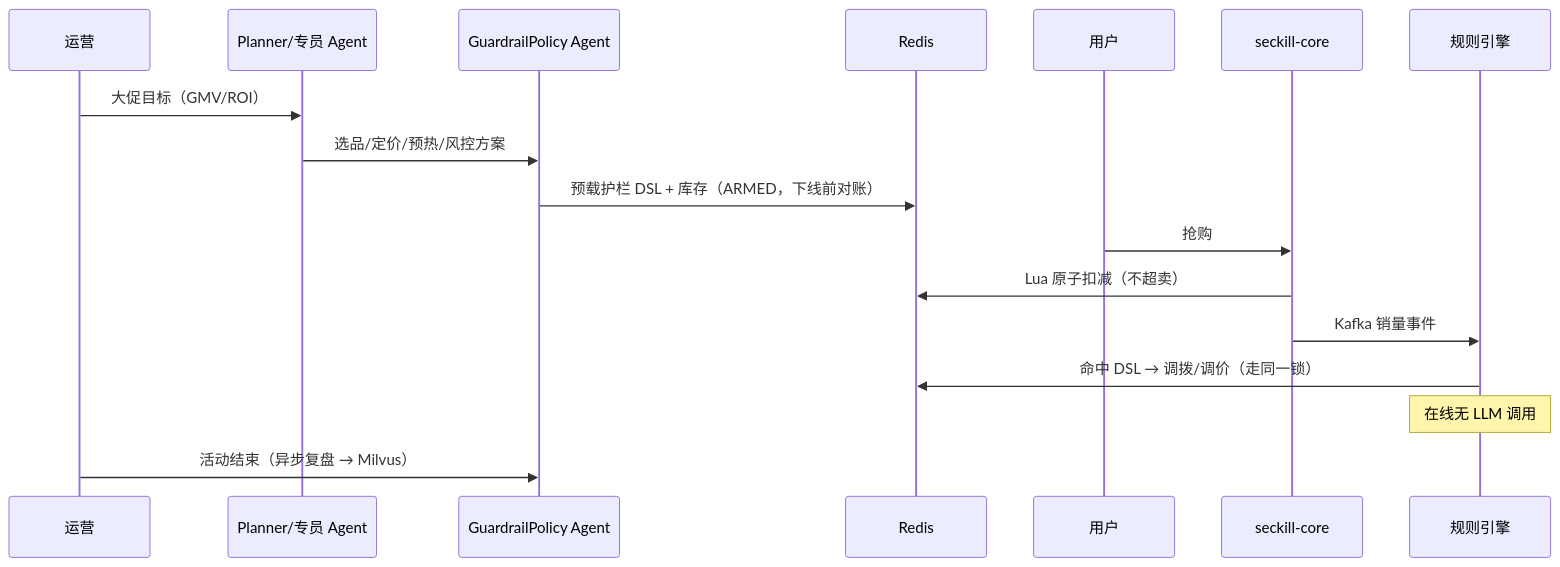
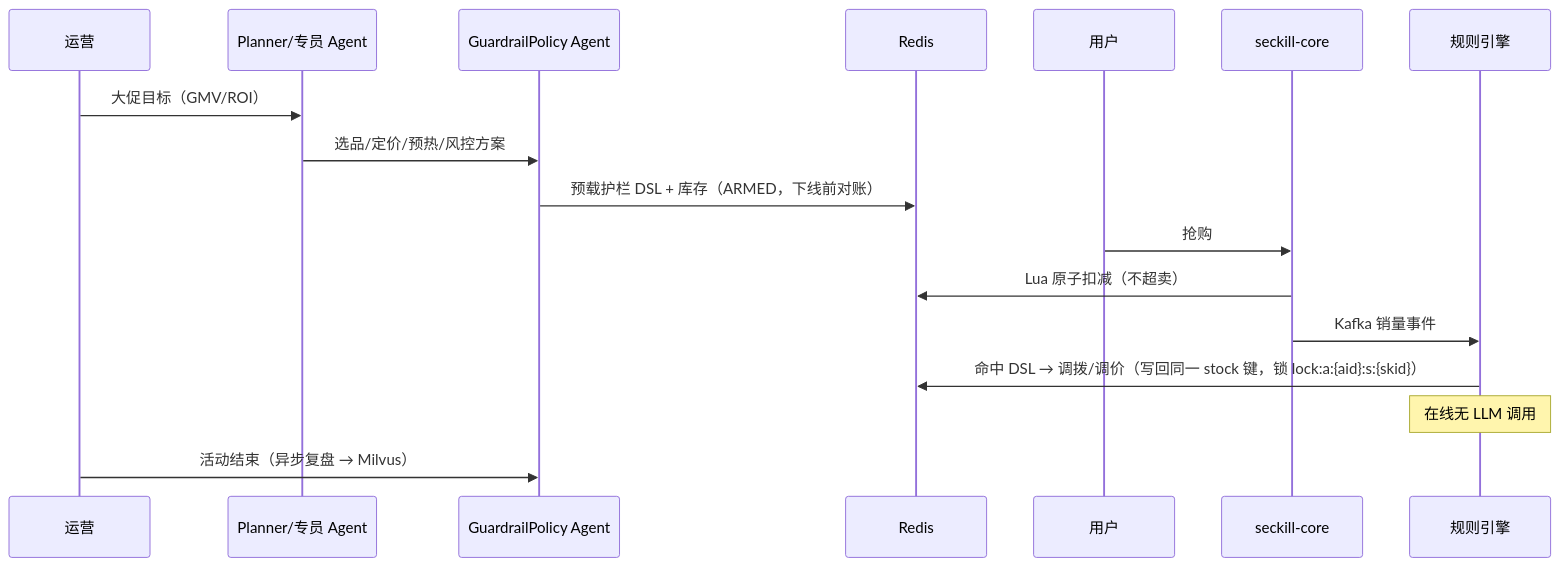
One commit to a805026135/insight-forge changed the third of 3 diagrams in specs/insightforge/spec.md. Above: the diagram before and after it, drawn with Mermaid. The commit also changed other lines of this file and 4 other files, not shown here.

````diff
--- a/specs/insightforge/spec.md
+++ b/specs/insightforge/spec.md
@@ -364,19 +361,19 @@
 ```mermaid
 sequenceDiagram
   participant O as 运营
   participant P as Planner/专员 Agent
   participant GP as GuardrailPolicy Agent
   participant Rd as Redis
   participant U as 用户
   participant SE as seckill-core
   participant RE as 规则引擎
   O->>P: 大促目标（GMV/ROI）
   P->>GP: 选品/定价/预热/风控方案
   GP->>Rd: 预载护栏 DSL + 库存（ARMED，下线前对账）
   U->>SE: 抢购
   SE->>Rd: Lua 原子扣减（不超卖）
   SE->>RE: Kafka 销量事件
-  RE->>Rd: 命中 DSL → 调拨/调价（走同一锁）
+  RE->>Rd: 命中 DSL → 调拨/调价（写回同一 stock 键，锁 lock:a:{aid}:s:{skid}）
   Note over RE: 在线无 LLM 调用
   O->>GP: 活动结束（异步复盘 → Milvus）
 ```
````
